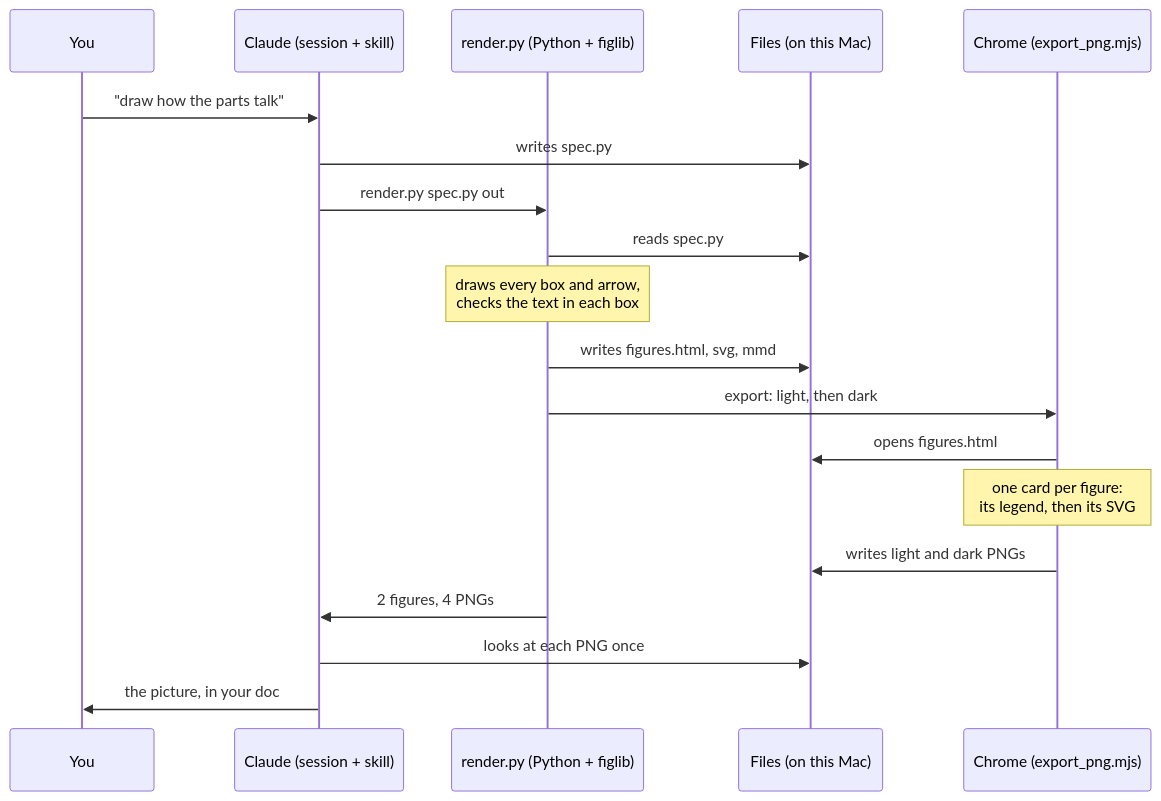
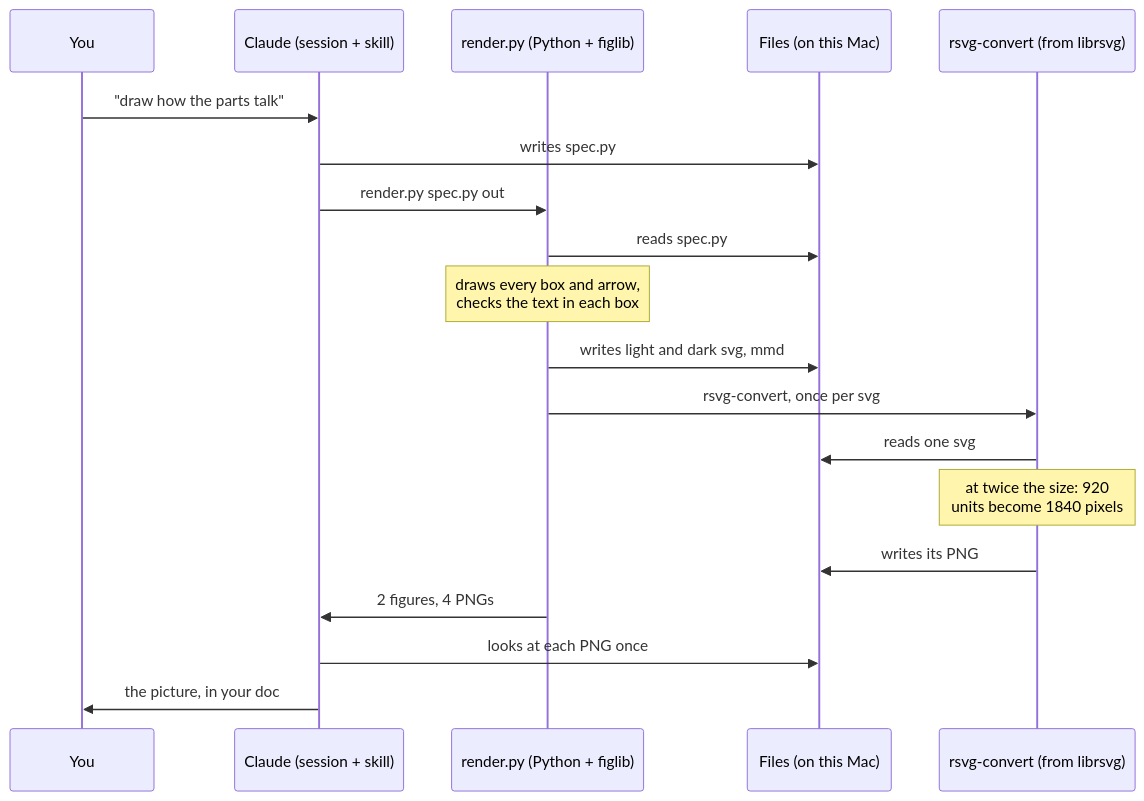
One commit to DanTanzer/dans-skills changed the second of 2 diagrams in skills/readable-diagrams/HOW-IT-WORKS.md. Above: the diagram before and after it, drawn with Mermaid. The commit also changed other lines of this file and 22 other files, not shown here.

````diff
--- a/skills/readable-diagrams/HOW-IT-WORKS.md
+++ b/skills/readable-diagrams/HOW-IT-WORKS.md
@@ -68,21 +68,21 @@
 ```mermaid
 sequenceDiagram
   participant U as You
   participant C as Claude (session + skill)
   participant R as render.py (Python + figlib)
   participant F as Files (on this Mac)
-  participant X as Chrome (export_png.mjs)
+  participant X as rsvg-convert (from librsvg)
   U->>C: "draw how the parts talk"
   C->>F: writes spec.py
   C->>R: render.py spec.py out
   R->>F: reads spec.py
   Note over R: draws every box and arrow,<br/>checks the text in each box
-  R->>F: writes figures.html, svg, mmd
-  R->>X: export: light, then dark
-  X->>F: opens figures.html
-  Note over X: one card per figure:<br/>its legend, then its SVG
-  X->>F: writes light and dark PNGs
+  R->>F: writes light and dark svg, mmd
+  R->>X: rsvg-convert, once per svg
+  X->>F: reads one svg
+  Note over X: at twice the size: 920<br/>units become 1840 pixels
+  X->>F: writes its PNG
   R->>C: 2 figures, 4 PNGs
   C->>F: looks at each PNG once
   C->>U: the picture, in your doc
 ```
````
